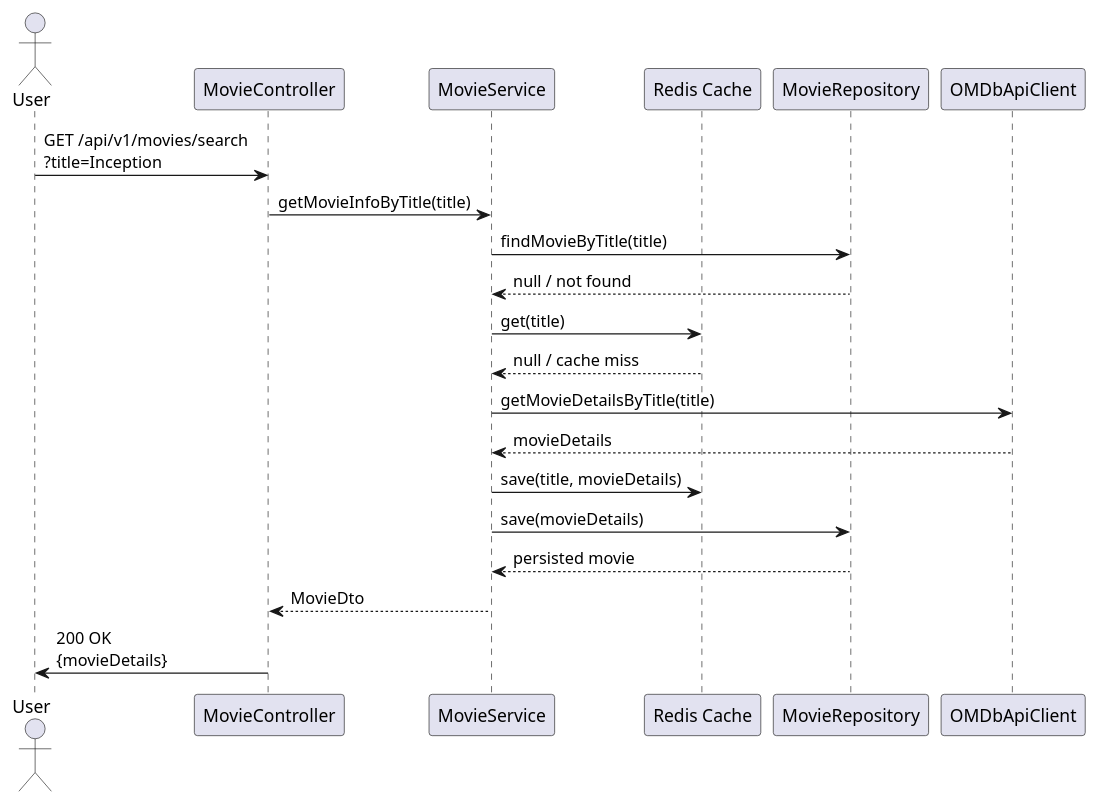
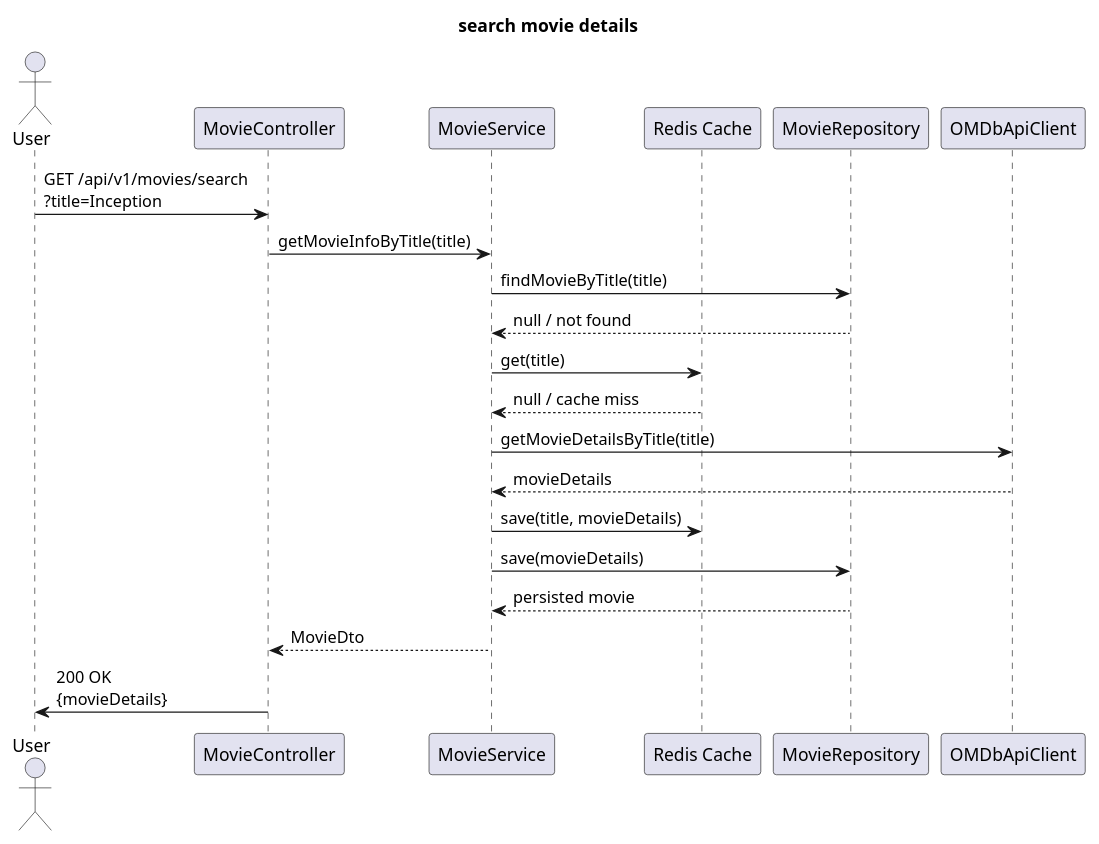
One commit to ImShakthi/CineMetrics changed the diagram in docs/sequence-diagram/movie-details-journey.puml. Above: the diagram before and after it, drawn with PlantUML. The commit also changed 10 other files, not shown here.

Commit message:
sequence diagrams

```diff
--- a/docs/sequence-diagram/movie-details-journey.puml
+++ b/docs/sequence-diagram/movie-details-journey.puml
@@ -1,26 +1,28 @@
 @startuml
+title search movie details
+
 actor User
 participant "MovieController" as Controller
 participant "MovieService" as Service
 participant "Redis Cache" as Redis
 participant "MovieRepository" as Repo
 participant "OMDbApiClient" as ApiClient
 
 User -> Controller: GET /api/v1/movies/search\n?title=Inception
 Controller -> Service: getMovieInfoByTitle(title)
 Service -> Repo: findMovieByTitle(title)
 Repo --> Service: null / not found
 
 Service -> Redis: get(title)
 Redis --> Service: null / cache miss
 
 Service -> ApiClient: getMovieDetailsByTitle(title)
 ApiClient --> Service: movieDetails
 Service -> Redis: save(title, movieDetails)
 
 Service -> Repo: save(movieDetails)
 Repo --> Service: persisted movie
 
 Service --> Controller: MovieDto
 Controller -> User: 200 OK\n{movieDetails}
 @enduml
```
